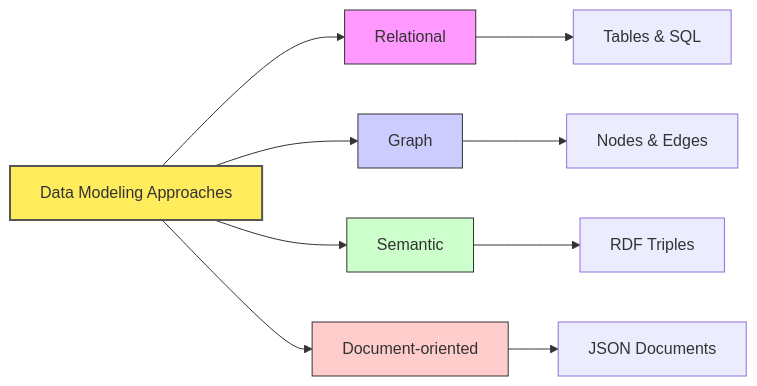
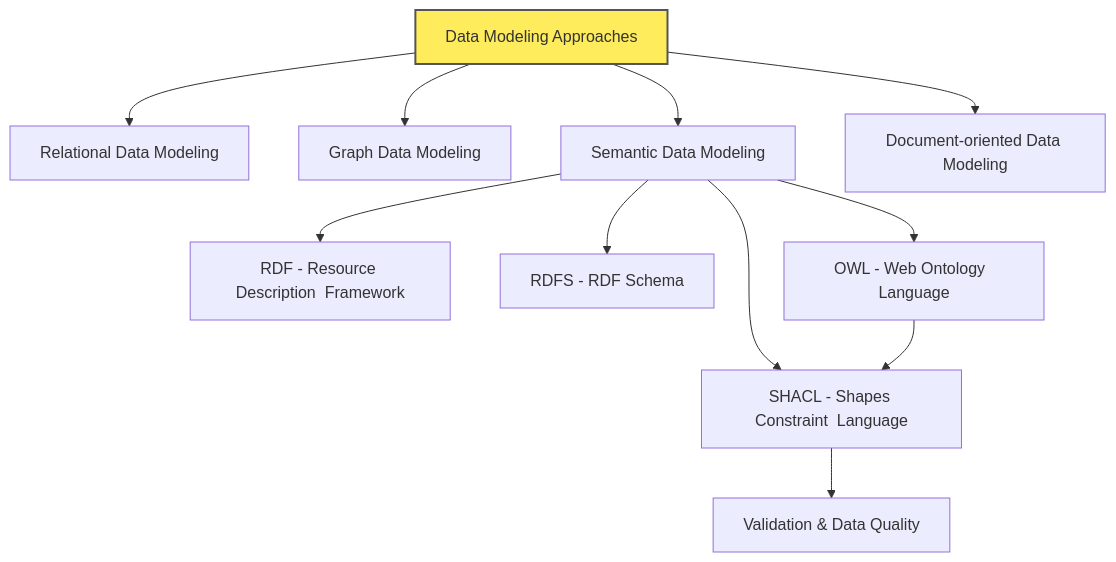
One commit to kanad13/data_modeling changed the diagram in 100-data_modeling_techniques/readme.md. Above: the diagram before and after it, drawn with Mermaid. The commit also changed other lines of this file and 24 other files, not shown here.

````diff
--- a/100-data_modeling_techniques/readme.md
+++ b/100-data_modeling_techniques/readme.md
@@ -195,27 +15,21 @@
 ```mermaid
-graph LR
+graph TD
     DM[Data Modeling Approaches]
-    RDM[Relational]
-    GDM[Graph]
-    SDM[Semantic]
-    DDM[Document-oriented]
+    RDM[Relational Data Modeling]
+    GDM[Graph Data Modeling]
+    SDM[Semantic Data Modeling]
 
     DM --> RDM
     DM --> GDM
     DM --> SDM
-    DM --> DDM
+    DM --> DDM[Document-oriented Data Modeling]
 
-    RDM --> Tables[Tables & SQL]
-    GDM --> NodesEdges[Nodes & Edges]
-    SDM --> Triples[RDF Triples]
-    DDM --> Documents[JSON Documents]
+    SDM --> RDF[RDF - Resource Description  Framework]
+    SDM --> RDFS[RDFS - RDF Schema]
+    SDM --> OWL[OWL - Web Ontology  Language]
+    SDM --> SHACL[SHACL - Shapes Constraint  Language]
+    OWL --> SHACL
+    SHACL --> Validation[Validation &  Data Quality]
 
     style DM fill:#ffec5c,stroke:#555,stroke-width:2px
-    style RDM fill:#f9f,stroke:#333,stroke-width:1px
-    style GDM fill:#ccf,stroke:#333,stroke-width:1px
-    style SDM fill:#cfc,stroke:#333,stroke-width:1px
-    style DDM fill:#fcc,stroke:#333,stroke-width:1px
-
-    classDef approachStyle fill:#eee,stroke:#333,stroke-width:1px
-    class RDM,GDM,SDM,DDM approachStyle
 ```
````
